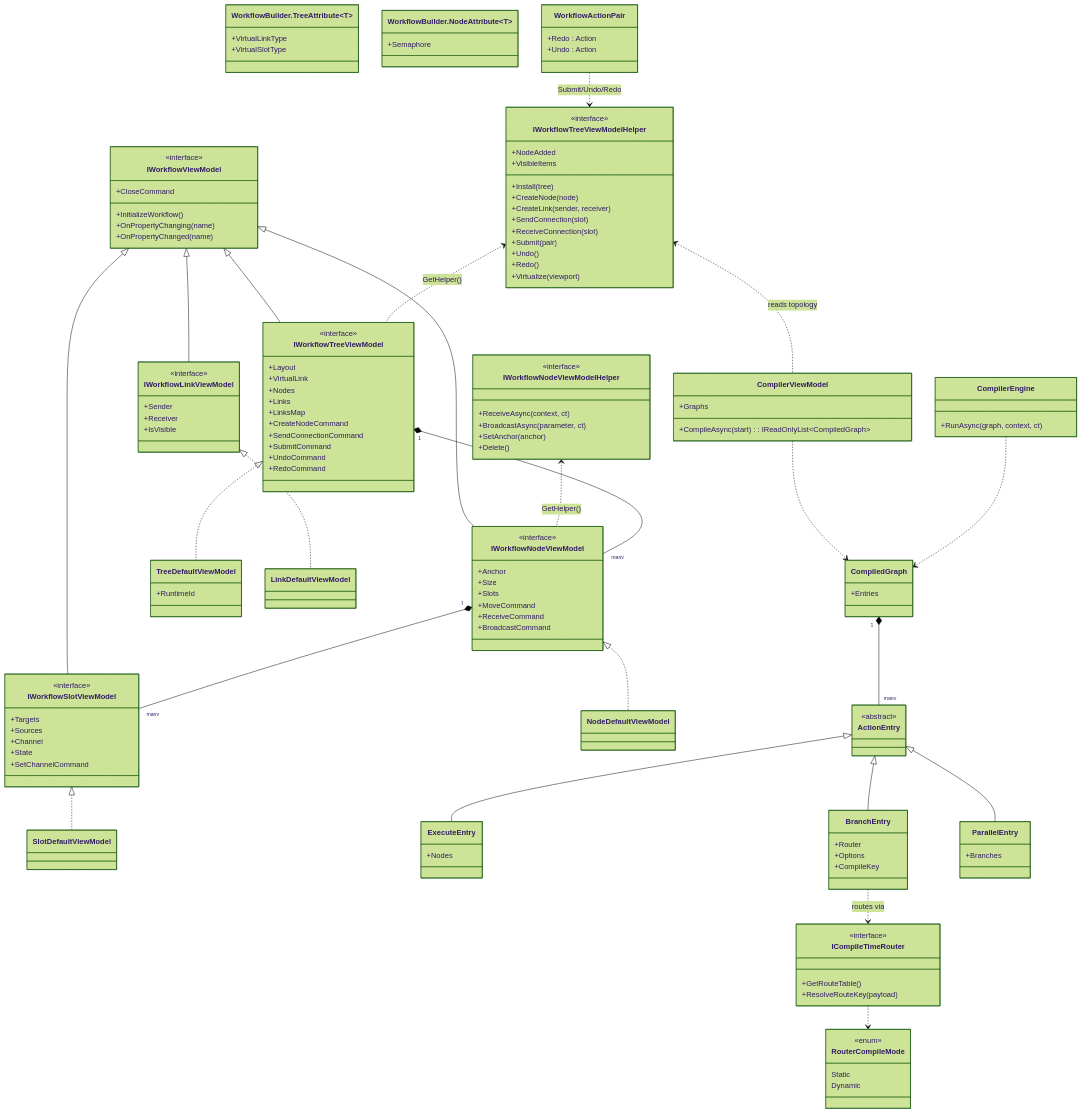
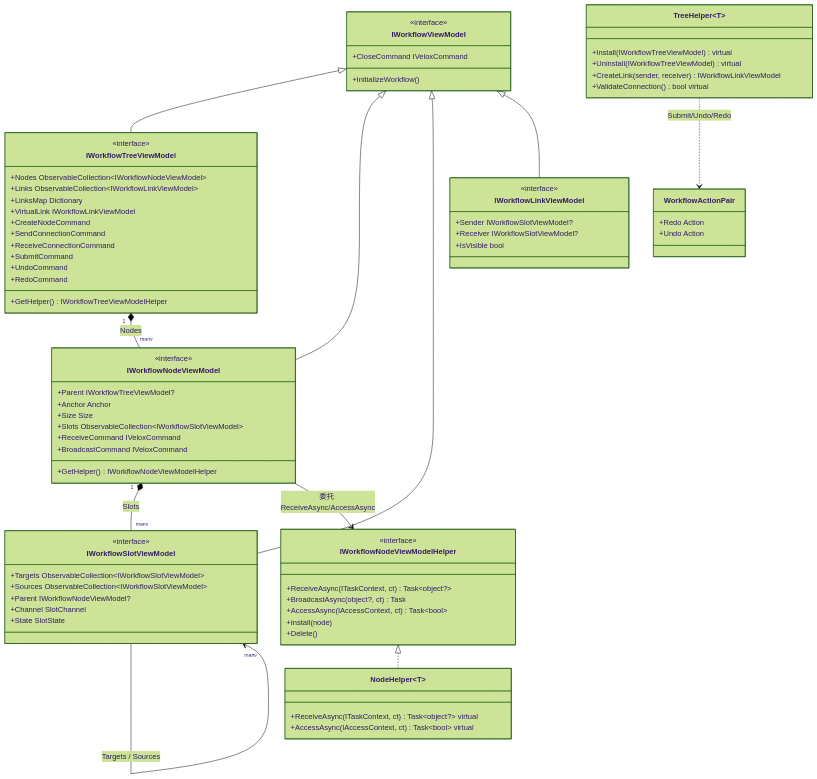
Before and after one commit to Axvser/VeloxDev.Docs: the second of 3 diagrams in src/CloudGlyph/Assets/Docs/content/zh/3_SE分析/02_设计模式分析/00_工作流系统/00_class-diagram/index.md, drawn with Mermaid (forest theme). The commit also changed other lines of this file and 443 other files, not shown here.

````diff
--- a/src/CloudGlyph/Assets/Docs/content/zh/3_SE分析/02_设计模式分析/00_工作流系统/00_class-diagram/index.md
+++ b/src/CloudGlyph/Assets/Docs/content/zh/3_SE分析/02_设计模式分析/00_工作流系统/00_class-diagram/index.md
@@ -5,139 +166,77 @@
     class IWorkflowViewModel {
         <<interface>>
         +InitializeWorkflow()
-        +OnPropertyChanging(name)
-        +OnPropertyChanged(name)
-        +CloseCommand
+        +CloseCommand IVeloxCommand
     }
     class IWorkflowTreeViewModel {
         <<interface>>
-        +Layout
-        +VirtualLink
-        +Nodes
-        +Links
-        +LinksMap
+        +Nodes ObservableCollection~IWorkflowNodeViewModel~
+        +Links ObservableCollection~IWorkflowLinkViewModel~
+        +LinksMap Dictionary
+        +VirtualLink IWorkflowLinkViewModel
         +CreateNodeCommand
         +SendConnectionCommand
+        +ReceiveConnectionCommand
         +SubmitCommand
         +UndoCommand
         +RedoCommand
-    }
-    class IWorkflowTreeViewModelHelper {
-        <<interface>>
-        +NodeAdded
-        +VisibleItems
-        +Install(tree)
-        +CreateNode(node)
-        +CreateLink(sender, receiver)
-        +SendConnection(slot)
-        +ReceiveConnection(slot)
-        +Submit(pair)
-        +Undo()
-        +Redo()
-        +Virtualize(viewport)
+        +GetHelper() IWorkflowTreeViewModelHelper
     }
     class IWorkflowNodeViewModel {
         <<interface>>
-        +Anchor
-        +Size
-        +Slots
-        +MoveCommand
-        +ReceiveCommand
-        +BroadcastCommand
+        +Parent IWorkflowTreeViewModel?
+        +Anchor Anchor
+        +Size Size
+        +Slots ObservableCollection~IWorkflowSlotViewModel~
+        +ReceiveCommand IVeloxCommand
+        +BroadcastCommand IVeloxCommand
+        +GetHelper() IWorkflowNodeViewModelHelper
+    }
+    class IWorkflowSlotViewModel {
+        <<interface>>
+        +Targets ObservableCollection~IWorkflowSlotViewModel~
+        +Sources ObservableCollection~IWorkflowSlotViewModel~
+        +Parent IWorkflowNodeViewModel?
+        +Channel SlotChannel
+        +State SlotState
+    }
+    class IWorkflowLinkViewModel {
+        <<interface>>
+        +Sender IWorkflowSlotViewModel?
+        +Receiver IWorkflowSlotViewModel?
+        +IsVisible bool
     }
     class IWorkflowNodeViewModelHelper {
         <<interface>>
-        +ReceiveAsync(context, ct)
-        +BroadcastAsync(parameter, ct)
-        +SetAnchor(anchor)
+        +ReceiveAsync(ITaskContext, ct) Task~object?~
+        +BroadcastAsync(object?, ct) Task
+        +AccessAsync(IAccessContext, ct) Task~bool~
+        +Install(node)
         +Delete()
     }
-    class IWorkflowSlotViewModel {
-        <<interface>>
-        +Targets
-        +Sources
-        +Channel
-        +State
-        +SetChannelCommand
+    class TreeHelper~T~ {
+        +Install(IWorkflowTreeViewModel) virtual
+        +Uninstall(IWorkflowTreeViewModel) virtual
+        +CreateLink(sender, receiver) IWorkflowLinkViewModel
+        +ValidateConnection() bool virtual
     }
-    class IWorkflowLinkViewModel {
-        <<interface>>
-        +Sender
-        +Receiver
-        +IsVisible
-    }
-    class TreeDefaultViewModel {
-        +RuntimeId
-    }
-    class NodeDefaultViewModel
-    class SlotDefaultViewModel
-    class LinkDefaultViewModel
-    class `WorkflowBuilder.TreeAttribute~T~` {
-        +VirtualLinkType
-        +VirtualSlotType
-    }
-    class `WorkflowBuilder.NodeAttribute~T~` {
-        +Semaphore
+    class NodeHelper~T~ {
+        +ReceiveAsync(ITaskContext, ct) Task~object?~ virtual
+        +AccessAsync(IAccessContext, ct) Task~bool~ virtual
     }
     class WorkflowActionPair {
-        +Redo : Action
-        +Undo : Action
-    }
-    class CompilerViewModel {
-        +CompileAsync(start) : IReadOnlyList~CompiledGraph~
-        +Graphs
-    }
-    class CompiledGraph {
-        +Entries
-    }
-    class CompilerEngine {
-        +RunAsync(graph, context, ct)
-    }
-    class ActionEntry {
-        <<abstract>>
-    }
-    class ExecuteEntry {
-        +Nodes
-    }
-    class BranchEntry {
-        +Router
-        +Options
-        +CompileKey
-    }
-    class ParallelEntry {
-        +Branches
-    }
-    class ICompileTimeRouter {
-        <<interface>>
-        +GetRouteTable()
-        +ResolveRouteKey(payload)
-    }
-    class RouterCompileMode {
-        <<enum>>
-        Static
-        Dynamic
+        +Redo Action
+        +Undo Action
     }
 
     IWorkflowViewModel <|-- IWorkflowTreeViewModel
     IWorkflowViewModel <|-- IWorkflowNodeViewModel
     IWorkflowViewModel <|-- IWorkflowSlotViewModel
     IWorkflowViewModel <|-- IWorkflowLinkViewModel
-    IWorkflowTreeViewModel <|.. TreeDefaultViewModel
-    IWorkflowNodeViewModel <|.. NodeDefaultViewModel
-    IWorkflowSlotViewModel <|.. SlotDefaultViewModel
-    IWorkflowLinkViewModel <|.. LinkDefaultViewModel
-    IWorkflowTreeViewModelHelper <.. IWorkflowTreeViewModel : GetHelper()
-    IWorkflowNodeViewModelHelper <.. IWorkflowNodeViewModel : GetHelper()
-    IWorkflowTreeViewModel "1" *-- "many" IWorkflowNodeViewModel
-    IWorkflowNodeViewModel "1" *-- "many" IWorkflowSlotViewModel
-    IWorkflowTreeViewModelHelper <.. CompilerViewModel : reads topology
-    CompilerViewModel ..> CompiledGraph
-    CompiledGraph "1" *-- "many" ActionEntry
-    ActionEntry <|-- ExecuteEntry
-    ActionEntry <|-- BranchEntry
-    ActionEntry <|-- ParallelEntry
-    BranchEntry ..> ICompileTimeRouter : routes via
-    ICompileTimeRouter ..> RouterCompileMode
-    CompilerEngine ..> CompiledGraph
-    WorkflowActionPair ..> IWorkflowTreeViewModelHelper : Submit/Undo/Redo
+    IWorkflowTreeViewModel "1" *-- "many" IWorkflowNodeViewModel : Nodes
+    IWorkflowNodeViewModel "1" *-- "many" IWorkflowSlotViewModel : Slots
+    IWorkflowSlotViewModel --> "many" IWorkflowSlotViewModel : Targets / Sources
+    IWorkflowNodeViewModelHelper <|.. NodeHelper~T~
+    IWorkflowNodeViewModel --> IWorkflowNodeViewModelHelper : 委托 ReceiveAsync/AccessAsync
+    TreeHelper~T~ ..> WorkflowActionPair : Submit/Undo/Redo
 ```
````
